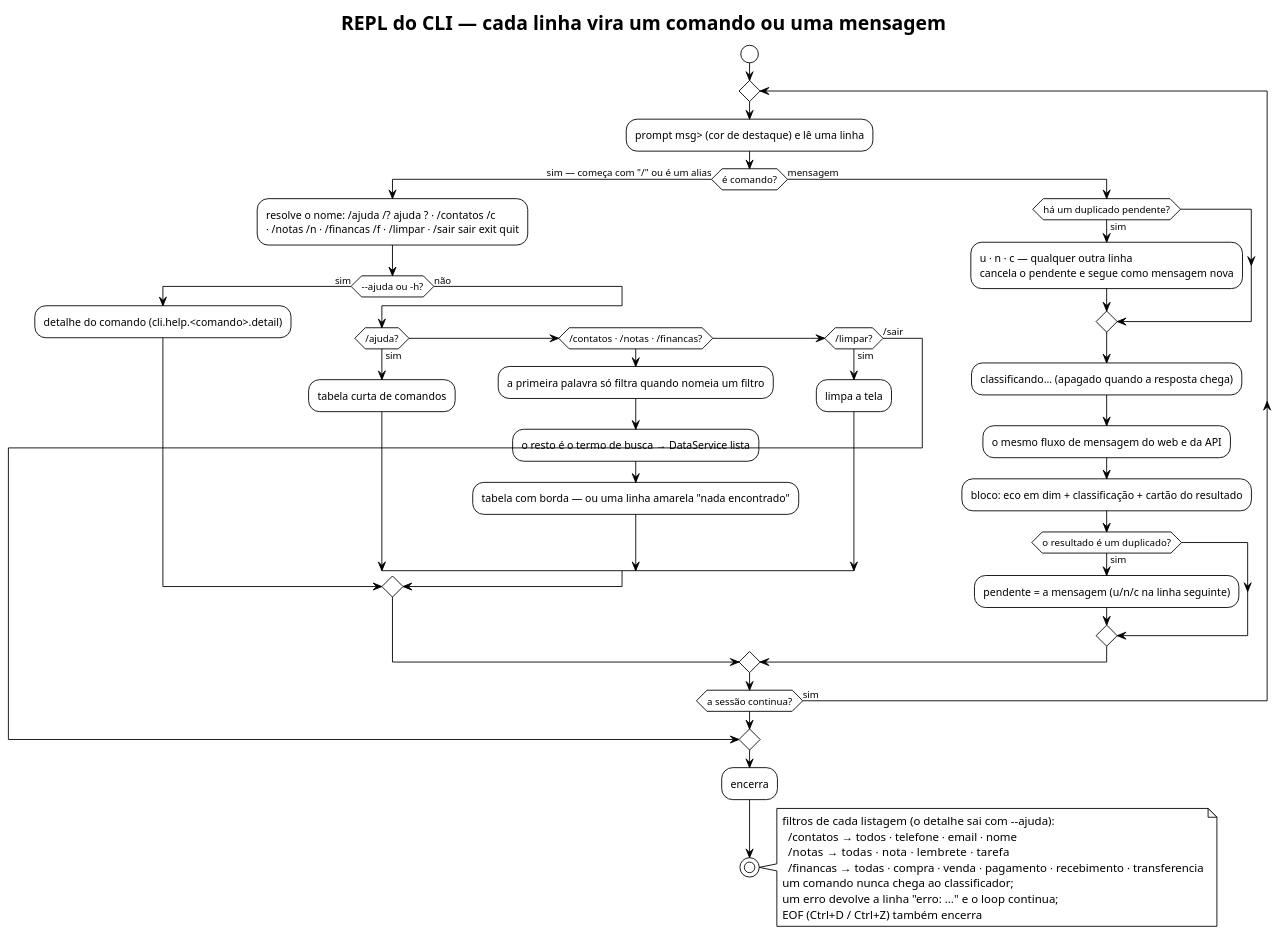
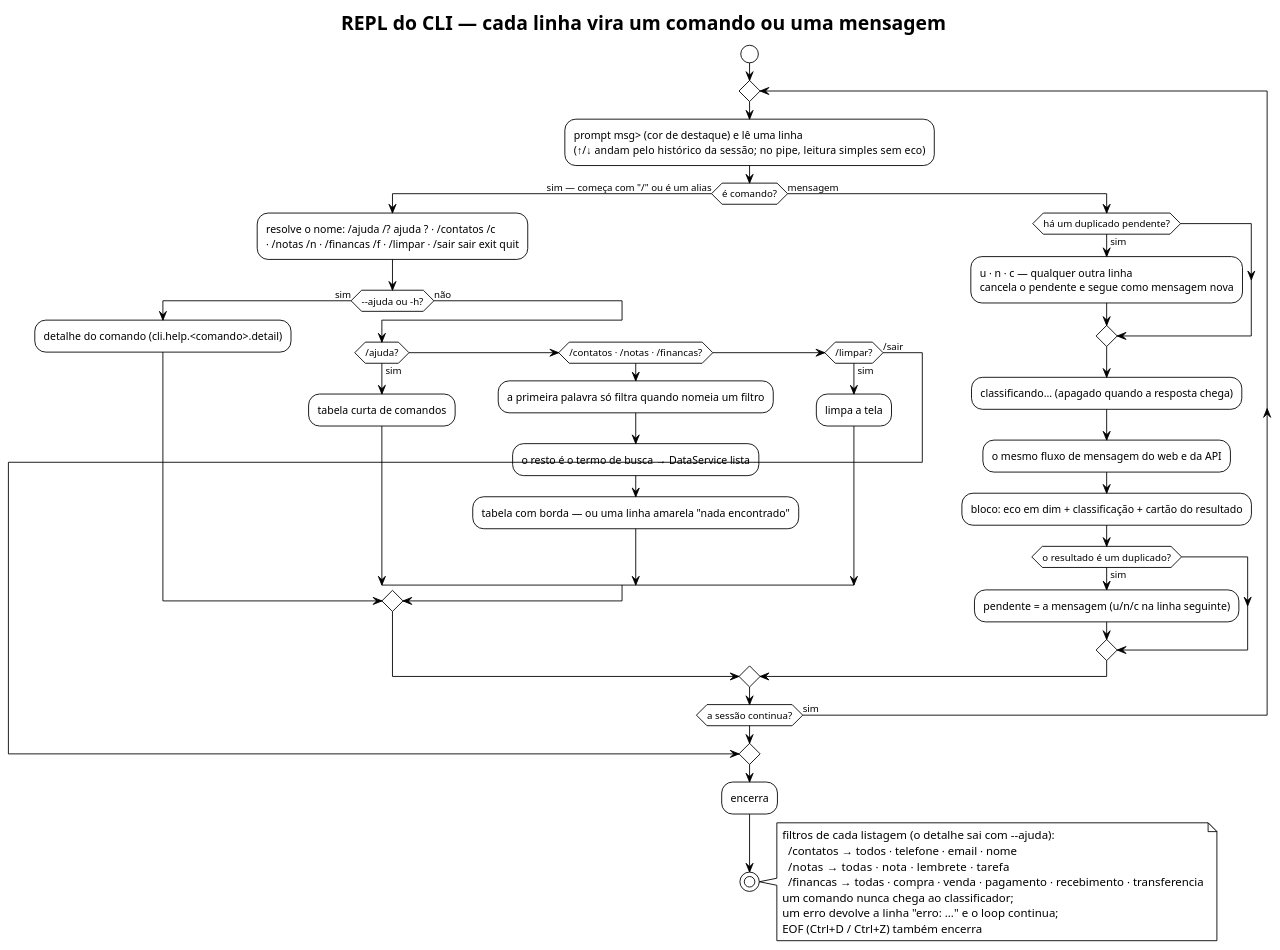
One commit to izacgaldino23/msg-classifier changed the diagram in docs/diagrams/fluxo-cli.puml. Above: the diagram before and after it, drawn with PlantUML. The commit also changed 1 other file, not shown here.

Commit message:
docs: descrever o editor de linha do CLI no ARCHITECTURE e no diagrama

```diff
--- a/docs/diagrams/fluxo-cli.puml
+++ b/docs/diagrams/fluxo-cli.puml
@@ -1,54 +1,55 @@
 @startuml fluxo-cli
 !theme plain
 title REPL do CLI — cada linha vira um comando ou uma mensagem
 
 skinparam shadowing false
 
 start
 repeat
-  :prompt msg> (cor de destaque) e lê uma linha;
+  :prompt msg> (cor de destaque) e lê uma linha
+  (↑/↓ andam pelo histórico da sessão; no pipe, leitura simples sem eco);
   if (é comando?) then (sim — começa com "/" ou é um alias)
     :resolve o nome: /ajuda /? ajuda ? · /contatos /c
     · /notas /n · /financas /f · /limpar · /sair sair exit quit;
     if (--ajuda ou -h?) then (sim)
       :detalhe do comando (cli.help.<comando>.detail);
     else (não)
       if (/ajuda?) then (sim)
         :tabela curta de comandos;
       elseif (/contatos · /notas · /financas?) then
         :a primeira palavra só filtra quando nomeia um filtro;
         :o resto é o termo de busca → DataService lista;
         :tabela com borda — ou uma linha amarela "nada encontrado";
       elseif (/limpar?) then (sim)
         :limpa a tela;
       else (/sair)
         break
       endif
     endif
   else (mensagem)
     if (há um duplicado pendente?) then (sim)
       :u · n · c — qualquer outra linha
       cancela o pendente e segue como mensagem nova;
     endif
     :classificando… (apagado quando a resposta chega);
     :o mesmo fluxo de mensagem do web e da API;
     :bloco: eco em dim + classificação + cartão do resultado;
     if (o resultado é um duplicado?) then (sim)
       :pendente = a mensagem (u/n/c na linha seguinte);
     endif
   endif
 repeat while (a sessão continua?) is (sim)
 :encerra;
 stop
 
 note right
   filtros de cada listagem (o detalhe sai com --ajuda):
     /contatos → todos · telefone · email · nome
     /notas    → todas · nota · lembrete · tarefa
     /financas → todas · compra · venda · pagamento · recebimento · transferencia
   um comando nunca chega ao classificador;
   um erro devolve a linha "erro: …" e o loop continua;
   EOF (Ctrl+D / Ctrl+Z) também encerra
 end note
 
 @enduml
```
